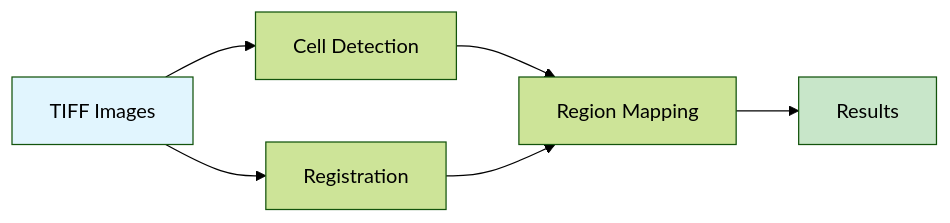
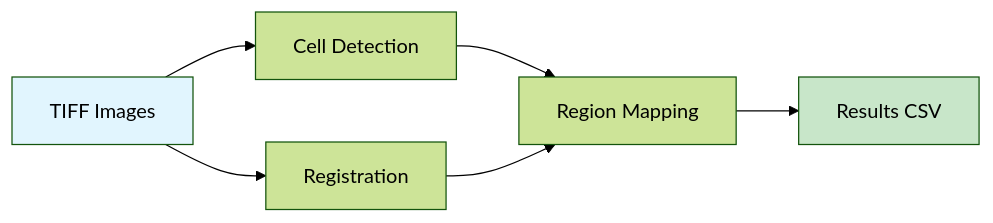
Before and after one commit to tlee08/cellcounter: the diagram in docs/docs/tutorials/quickstart.md, drawn with Mermaid (forest theme). The commit also changed other lines of this file and 8 other files, not shown here.

````diff
--- a/docs/docs/tutorials/quickstart.md
+++ b/docs/docs/tutorials/quickstart.md
@@ -7,11 +28,11 @@
 ```mermaid
 flowchart LR
     A[TIFF Images] --> B[Registration]
     A --> C[Cell Detection]
     C --> D[Region Mapping]
     B --> D
-    D --> E[Results]
+    D --> E[Results CSV]
 
     style A fill:#e1f5fe
     style E fill:#c8e6c9
 ```
````
